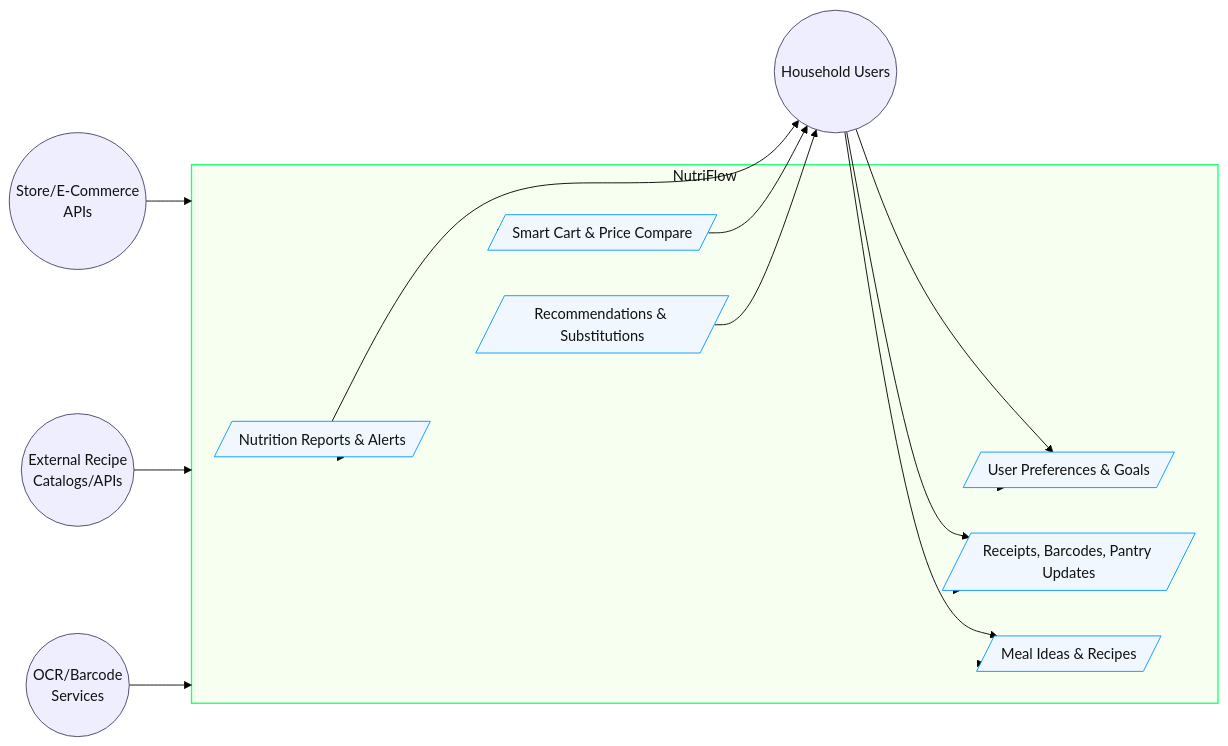
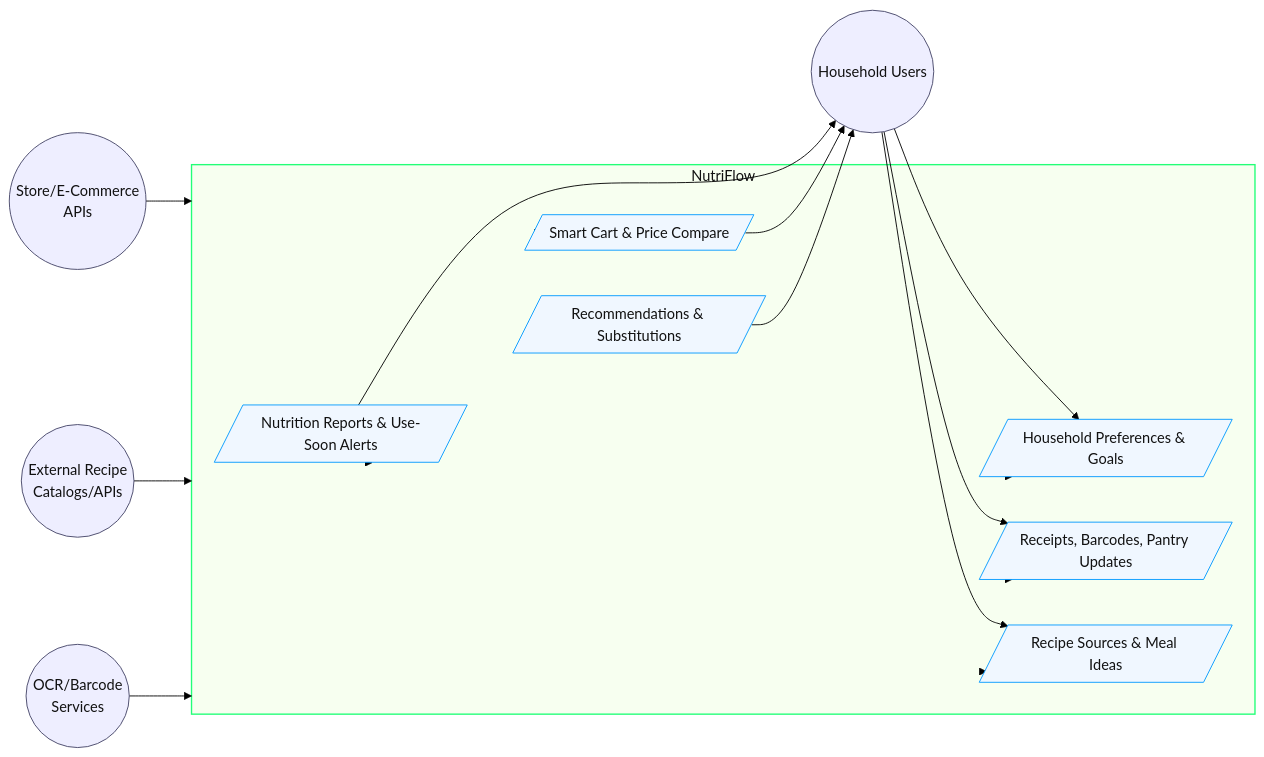
One commit to randalhucker/nutriflow changed the first of 3 diagrams in cs5001/assignment_4/Design_Diagram.md. Above: the diagram before and after it, drawn with Mermaid (forest theme). The commit also changed other lines of this file and 1 other file, not shown here.

````diff
--- a/cs5001/assignment_4/Design_Diagram.md
+++ b/cs5001/assignment_4/Design_Diagram.md
@@ -12,45 +12,44 @@
 ```mermaid
 flowchart LR
   %% Legend
   classDef actor fill:#eef,stroke:#446,stroke-width:1px,color:#111
   classDef system fill:#f7fff0,stroke:#2f7,stroke-width:1.5px,color:#111
   classDef datastore fill:#fff7f0,stroke:#f90,stroke-width:1px,color:#111
   classDef io fill:#f0f7ff,stroke:#09f,stroke-width:1px,color:#111
 
   %% External Actors
   ExtStores((Store/E-Commerce<br/>APIs)):::actor
   ExtRecipes((External Recipe<br/>Catalogs/APIs)):::actor
   ExtScan((OCR/Barcode<br/>Services)):::actor
   U((Household Users)):::actor
 
   %% System Boundary
   subgraph NF[NutriFlow]
-    Inp1[/User Preferences & Goals/]:::io
+    Inp1[/Household Preferences & Goals/]:::io
     Inp2[/Receipts, Barcodes, Pantry Updates/]:::io
-    Inp3[/Meal Ideas & Recipes/]:::io
+    Inp3[/Recipe Sources & Meal Ideas/]:::io
 
-    Out1[/Nutrition Reports & Alerts/]:::io
+    Out1[/Nutrition Reports & Use-Soon Alerts/]:::io
     Out2[/Smart Cart & Price Compare/]:::io
     Out3[/Recommendations & Substitutions/]:::io
   end
 
-  %% Style the subgraph (can't use ::: on subgraph line)
   style NF fill:#f7fff0,stroke:#2f7,stroke-width:1.5px,color:#111
 
   %% Flows
   U --> Inp1
   U --> Inp2
   U --> Inp3
 
   Inp1 --> NF
   Inp2 --> NF
   Inp3 --> NF
 
   NF --> Out1 --> U
   NF --> Out2 --> U
   NF --> Out3 --> U
 
   ExtStores --> NF
   ExtRecipes --> NF
   ExtScan --> NF
 ```
````
